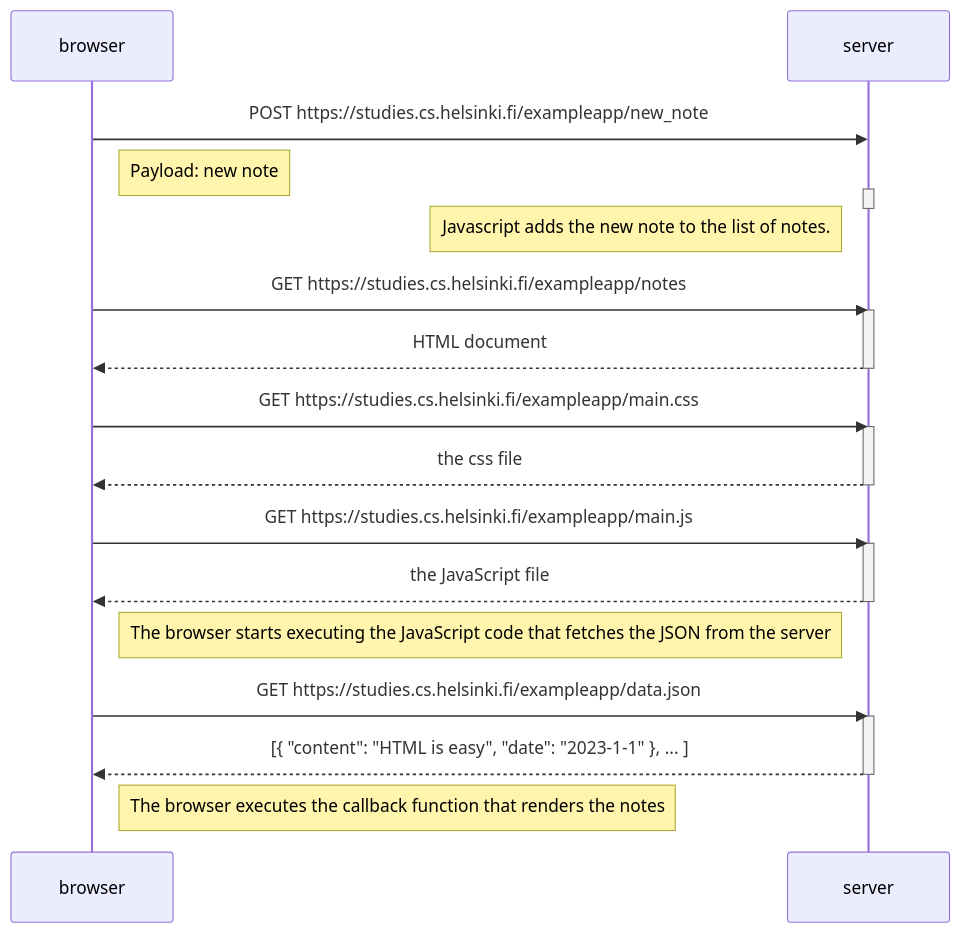
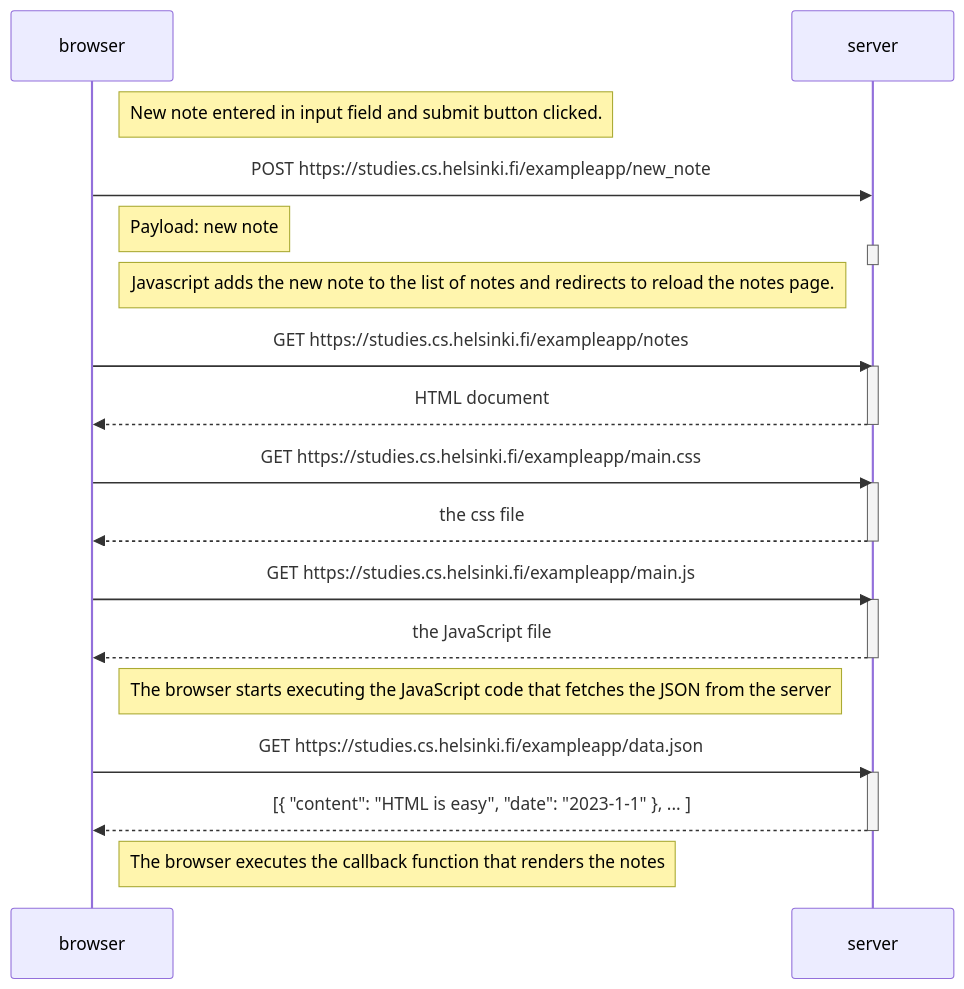
Before and after one commit to ElektrazCode/FullStackOpen: the diagram in Part0/0-4-NewNoteDiagram.md, drawn with Mermaid. The commit also changed 1 other file, not shown here.

Commit message:
Solved Exercise 0-5

````diff
--- a/Part0/0-4-NewNoteDiagram.md
+++ b/Part0/0-4-NewNoteDiagram.md
@@ -1,35 +1,37 @@
 ```mermaid
 sequenceDiagram
 participant browser
 participant server
 
+    Note right of browser: New note entered in input field and submit button clicked.
+
     browser->>server: POST https://studies.cs.helsinki.fi/exampleapp/new_note
     Note right of browser: Payload: new note
     activate server
     deactivate server
-    Note left of server: Javascript adds the new note to the list of notes.
+    Note left of server: Javascript adds the new note to the list of notes and redirects to reload the notes page.
 
     browser->>server: GET https://studies.cs.helsinki.fi/exampleapp/notes
     activate server
     server-->>browser: HTML document
     deactivate server
 
     browser->>server: GET https://studies.cs.helsinki.fi/exampleapp/main.css
     activate server
     server-->>browser: the css file
     deactivate server
 
     browser->>server: GET https://studies.cs.helsinki.fi/exampleapp/main.js
     activate server
     server-->>browser: the JavaScript file
     deactivate server
 
     Note right of browser: The browser starts executing the JavaScript code that fetches the JSON from the server
 
     browser->>server: GET https://studies.cs.helsinki.fi/exampleapp/data.json
     activate server
     server-->>browser: [{ "content": "HTML is easy", "date": "2023-1-1" }, ... ]
     deactivate server
 
     Note right of browser: The browser executes the callback function that renders the notes
 ```
````
